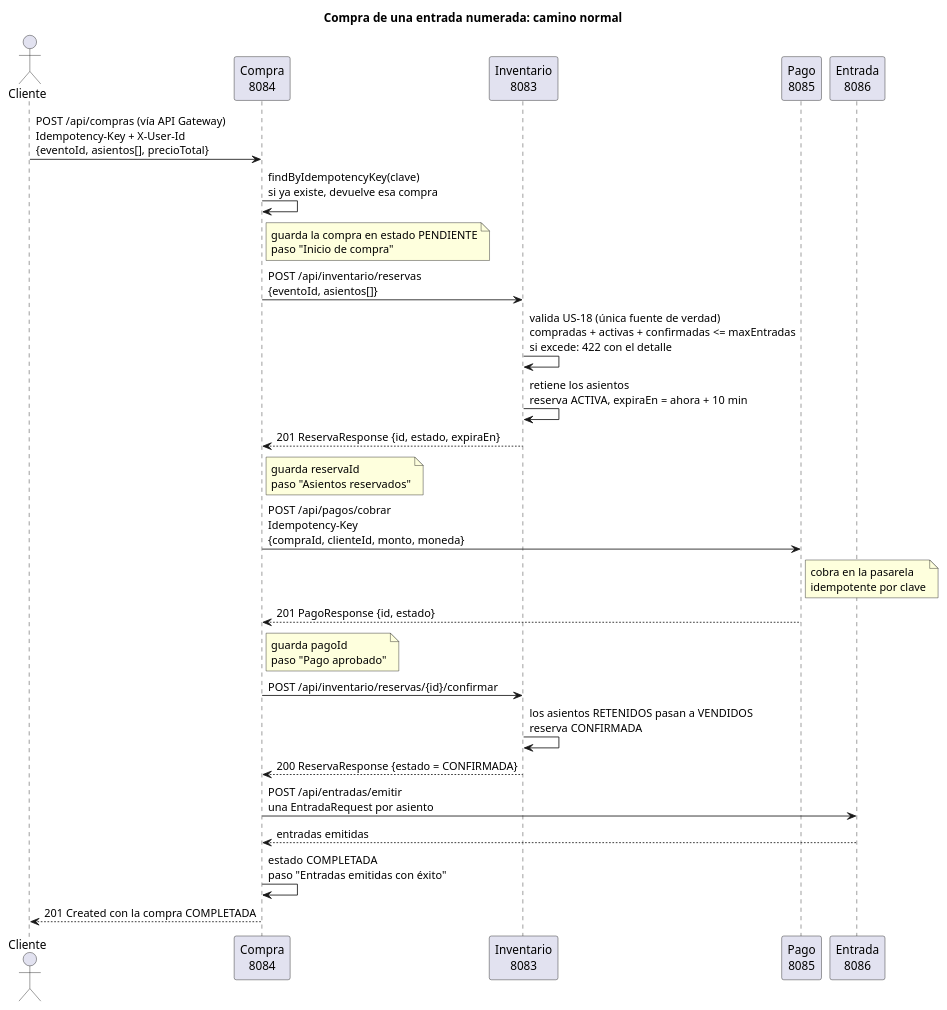
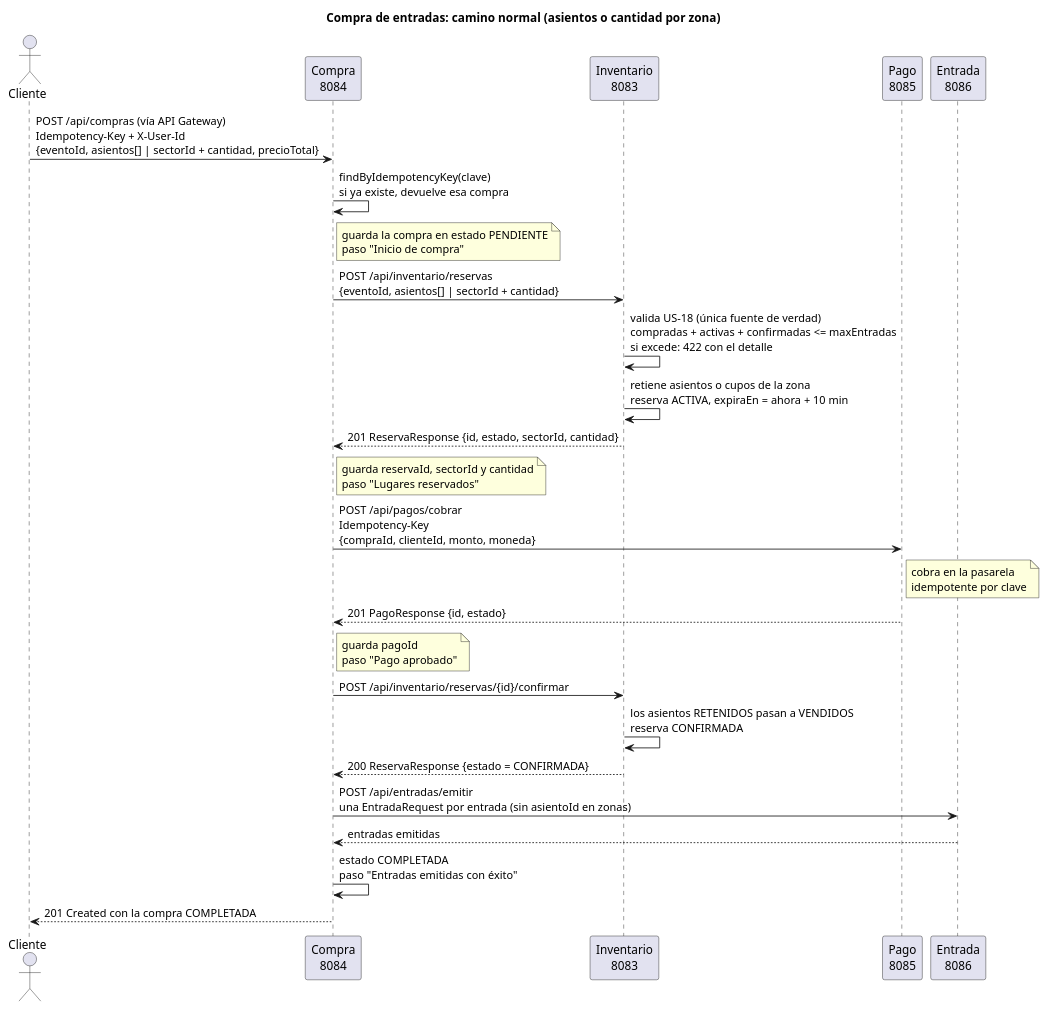
The diagram in docs/diagramas/secuencia-compra/1-compra-camino-normal.puml (annaknell/TP4-arquitecturas-web-grupo1), drawn with PlantUML before and after one commit. The commit also changed 10 other files, not shown here.

First line of the commit message:
fix(US-16): comprar por cantidad en zonas no numeradas de punta a punta

```diff
--- a/docs/diagramas/secuencia-compra/1-compra-camino-normal.puml
+++ b/docs/diagramas/secuencia-compra/1-compra-camino-normal.puml
@@ -1,30 +1,30 @@
 @startuml
-title Compra de una entrada numerada: camino normal
+title Compra de entradas: camino normal (asientos o cantidad por zona)
 
 actor "Cliente" as CLI
 participant "Compra\n8084" as COMP
 participant "Inventario\n8083" as INV
 participant "Pago\n8085" as PAG
 participant "Entrada\n8086" as ENT
 
-CLI -> COMP : POST /api/compras (vía API Gateway)\nIdempotency-Key + X-User-Id\n{eventoId, asientos[], precioTotal}
+CLI -> COMP : POST /api/compras (vía API Gateway)\nIdempotency-Key + X-User-Id\n{eventoId, asientos[] | sectorId + cantidad, precioTotal}
 COMP -> COMP : findByIdempotencyKey(clave)\nsi ya existe, devuelve esa compra
 note right of COMP : guarda la compra en estado PENDIENTE\npaso "Inicio de compra"
-COMP -> INV : POST /api/inventario/reservas\n{eventoId, asientos[]}
+COMP -> INV : POST /api/inventario/reservas\n{eventoId, asientos[] | sectorId + cantidad}
 INV -> INV : valida US-18 (única fuente de verdad)\ncompradas + activas + confirmadas <= maxEntradas\nsi excede: 422 con el detalle
-INV -> INV : retiene los asientos\nreserva ACTIVA, expiraEn = ahora + 10 min
-INV --> COMP : 201 ReservaResponse {id, estado, expiraEn}
-note right of COMP : guarda reservaId\npaso "Asientos reservados"
+INV -> INV : retiene asientos o cupos de la zona\nreserva ACTIVA, expiraEn = ahora + 10 min
+INV --> COMP : 201 ReservaResponse {id, estado, sectorId, cantidad}
+note right of COMP : guarda reservaId, sectorId y cantidad\npaso "Lugares reservados"
 COMP -> PAG : POST /api/pagos/cobrar\nIdempotency-Key\n{compraId, clienteId, monto, moneda}
 note right of PAG : cobra en la pasarela\nidempotente por clave
 PAG --> COMP : 201 PagoResponse {id, estado}
 note right of COMP : guarda pagoId\npaso "Pago aprobado"
 COMP -> INV : POST /api/inventario/reservas/{id}/confirmar
 INV -> INV : los asientos RETENIDOS pasan a VENDIDOS\nreserva CONFIRMADA
 INV --> COMP : 200 ReservaResponse {estado = CONFIRMADA}
-COMP -> ENT : POST /api/entradas/emitir\nuna EntradaRequest por asiento
+COMP -> ENT : POST /api/entradas/emitir\nuna EntradaRequest por entrada (sin asientoId en zonas)
 ENT --> COMP : entradas emitidas
 COMP -> COMP : estado COMPLETADA\npaso "Entradas emitidas con éxito"
 COMP --> CLI : 201 Created con la compra COMPLETADA
 
 @enduml
```
